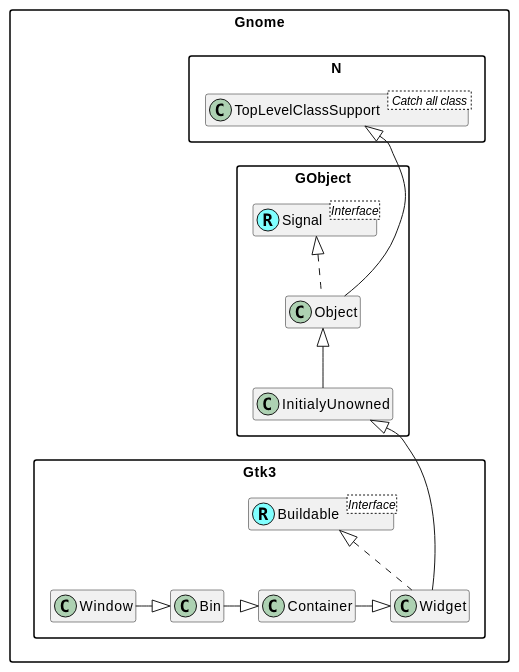
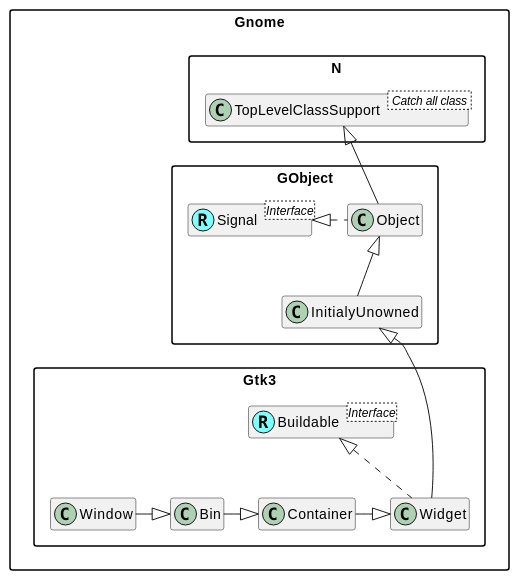
One commit to MARTIMM/gnome-gtk3 changed the diagram in doc/plantuml/Window.md. Above: the diagram before and after it, drawn with PlantUML. The commit also changed 7 other files, not shown here.

Commit message:
uml diagram changes

````diff
--- a/doc/plantuml/Window.md
+++ b/doc/plantuml/Window.md
@@ -1,52 +1,51 @@
 ```plantuml
 @startuml
 'scale 0.8
 skinparam packageStyle rectangle
 skinparam stereotypeCBackgroundColor #80ffff
 set namespaceSeparator ::
 hide members
 
 'Class and interface decorations
 class Gnome::N::TopLevelClassSupport < Catch all class >
 
 Interface Gnome::GObject::Signal <Interface>
 class Gnome::GObject::Signal <<(R,#80ffff)>>
 
 
 'Interface Gnome::Gtk3::ColorChooser <Interface>
 'Interface Gnome::Gtk3::AppChooser <Interface>
 
 Interface Gnome::Gtk3::Buildable <Interface>
 class Gnome::Gtk3::Buildable <<(R,#80ffff)>>
 
 'Class connections
-Gnome::N::TopLevelClassSupport <|--- Gnome::GObject::Object
+Gnome::N::TopLevelClassSupport <|-- Gnome::GObject::Object
 Gnome::GObject::Object <|-- Gnome::GObject::InitialyUnowned
-'Gnome::GObject::Object *-> Gnome::GObject::Signal
-Gnome::GObject::Signal <|.. Gnome::GObject::Object
+Gnome::GObject::Signal <|. Gnome::GObject::Object
 
 Gnome::GObject::InitialyUnowned <|--- Gnome::Gtk3::Widget
 
 class Gnome::Gtk3::Widget implements Gnome::Gtk3::Buildable
 Gnome::Gtk3::Window -|> Gnome::Gtk3::Bin
 Gnome::Gtk3::Bin -|> Gnome::Gtk3::Container
 Gnome::Gtk3::Container -|> Gnome::Gtk3::Widget
 
 'Gnome::Gtk3::Window <|- Gnome::Gtk3::Dialog
 
 'Gnome::Gtk3::Dialog <|-- Gnome::Gtk3::AboutDialog
 'Gnome::Gtk3::Dialog <|-- Gnome::Gtk3::ColorChooserDialog
 'Gnome::Gtk3::Dialog <|-- Gnome::Gtk3::FileChooserDialog
 'Gnome::Gtk3::Dialog <|-- Gnome::Gtk3::MessageDialog
 'Gnome::Gtk3::Dialog <|-- Gnome::Gtk3::AppChooserDialog
 'Gnome::Gtk3::Dialog <|-- Gnome::Gtk3::FontChooserDialog
 'Gnome::Gtk3::Dialog <|-- Gnome::Gtk3::RecentChooserDialog
 
 'Interface connections
 'Gnome::Gtk3::ColorChooser <|- Gnome::Gtk3::ColorChooserDialog
 'Gnome::Gtk3::AppChooser <|- Gnome::Gtk3::AppChooserDialog
 
 'Some hidden connections
 'Gnome::GObject <--[hidden]- Gnome::Gtk3
 @enduml
 ```
````
